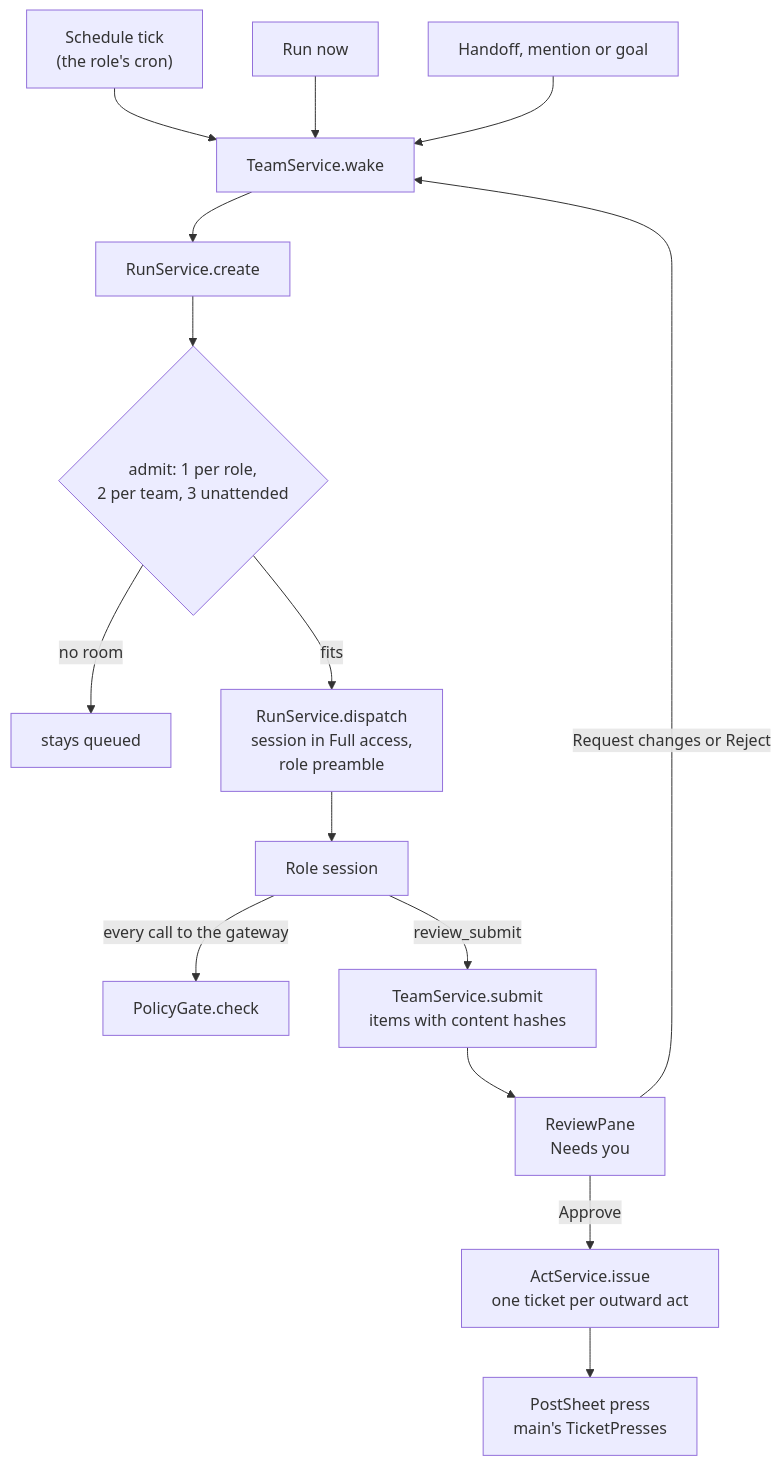
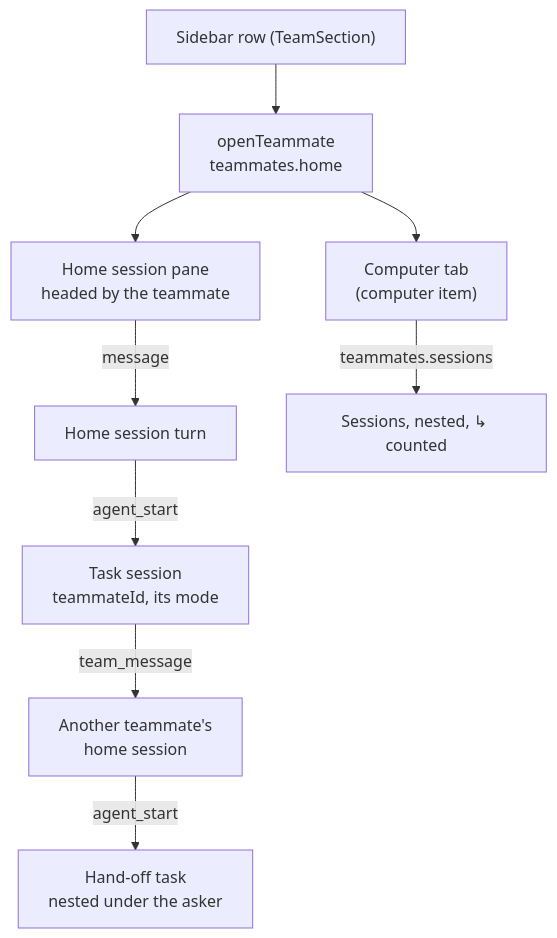
One commit to 31Carlton7/realm changed the fourth of 20 diagrams in docs/architecture/features.md. Above: the diagram before and after it, drawn with Mermaid. The commit also changed other lines of this file and 1 other file, not shown here.

Commit message:
Describe teammates in the architecture notes in place of the first Teams

````diff
--- a/docs/architecture/features.md
+++ b/docs/architecture/features.md
@@ -226,17 +228,11 @@
 ```mermaid
 flowchart TD
-  clock["Schedule tick<br/>(the role's cron)"] --> wake
-  runNow["Run now"] --> wake
-  handoff["Handoff, mention or goal"] --> wake
-  wake["TeamService.wake"] --> run["RunService.create"]
-  run --> admit{"admit: 1 per role,<br/>2 per team, 3 unattended"}
-  admit -- "no room" --> queued["stays queued"]
-  admit -- "fits" --> dispatch["RunService.dispatch<br/>session in Full access,<br/>role preamble"]
-  dispatch --> session["Role session"]
-  session -- "every call to the gateway" --> gate["PolicyGate.check"]
-  session -- "review_submit" --> submit["TeamService.submit<br/>items with content hashes"]
-  submit --> review["ReviewPane<br/>Needs you"]
-  review -- "Approve" --> act["ActService.issue<br/>one ticket per outward act"]
-  review -- "Request changes or Reject" --> wake
-  act --> press["PostSheet press<br/>main's TicketPresses"]
+  row["Sidebar row (TeamSection)"] --> open["openTeammate<br/>teammates.home"]
+  open --> chat["Home session pane<br/>headed by the teammate"]
+  open --> computer["Computer tab<br/>(computer item)"]
+  chat -- "message" --> home["Home session turn"]
+  home -- "agent_start" --> task["Task session<br/>teammateId, its mode"]
+  task -- "team_message" --> other["Another teammate's<br/>home session"]
+  other -- "agent_start" --> handoff["Hand-off task<br/>nested under the asker"]
+  computer -- "teammates.sessions" --> list["Sessions, nested, ↳ counted"]
 ```
````
